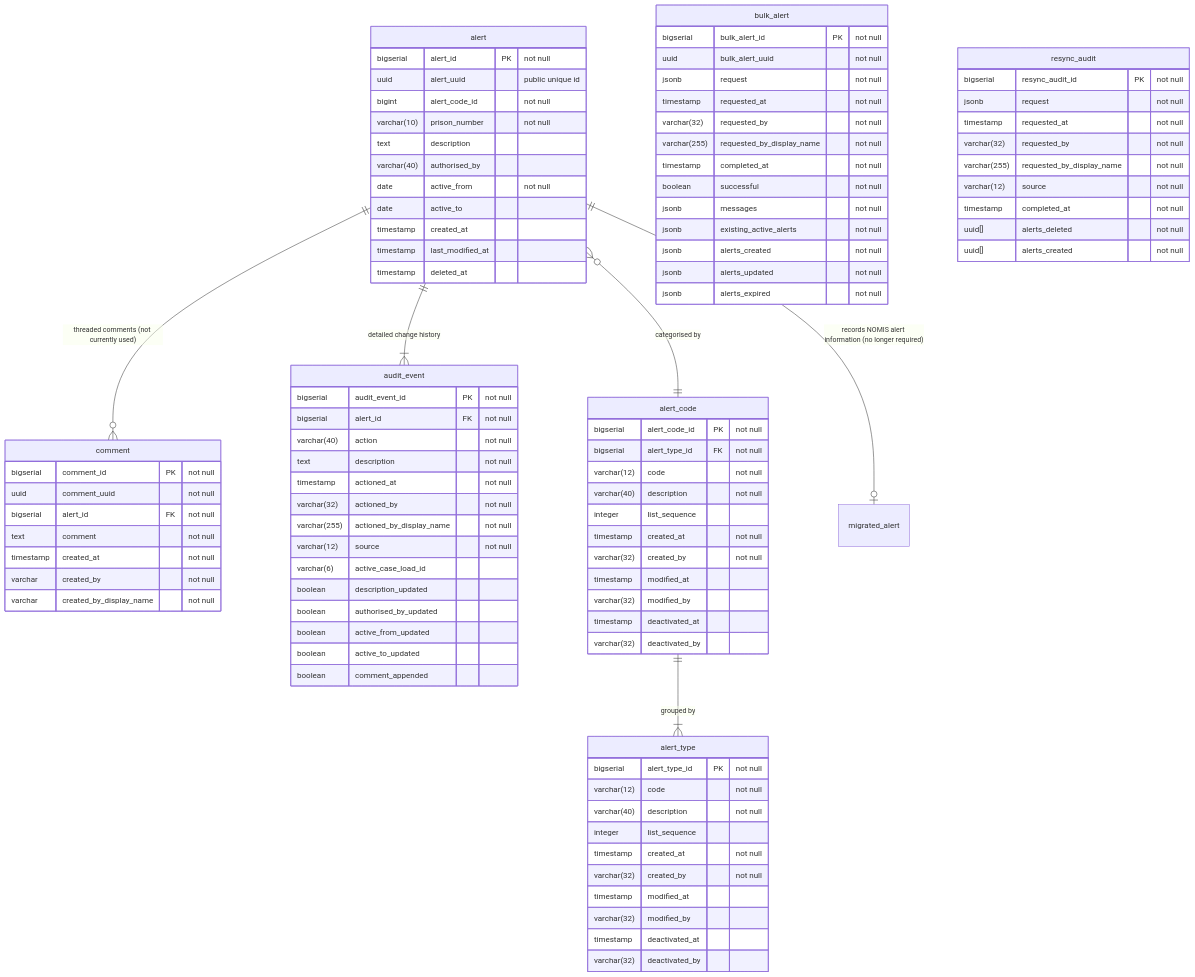
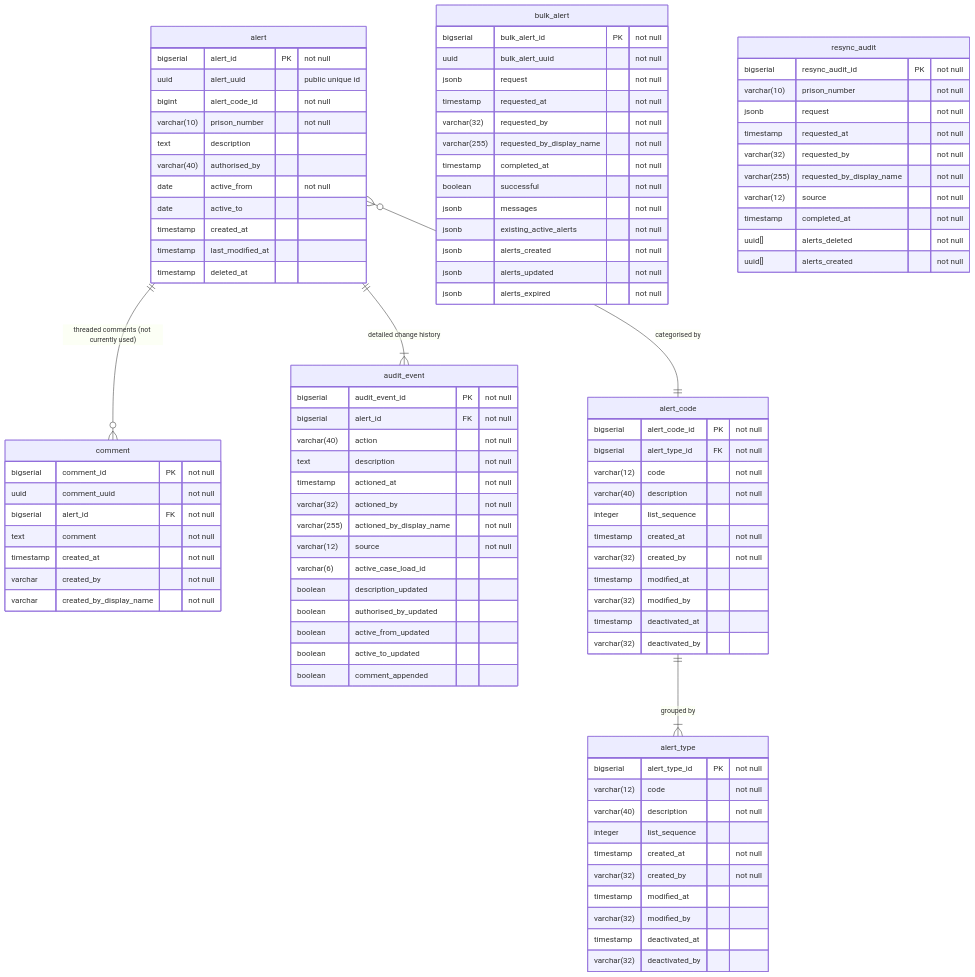
Before and after one commit to ministryofjustice/hmpps-alerts-api: the diagram in datamodel.mermaid, drawn with Mermaid. The commit also changed 4 other files, not shown here.

Commit message:
MIAD-112 update model to have prison number field as standard column

```diff
--- a/datamodel.mermaid
+++ b/datamodel.mermaid
@@ -1,102 +1,102 @@
 erDiagram
     alert one to zero or more comment : "threaded comments (not currently used)"
     alert one to one or more audit_event : "detailed change history"
     alert many to one alert_code : "categorised by"
     alert_code one to one or more alert_type : "grouped by"
-    alert one to zero or one migrated_alert : "records NOMIS alert information (no longer required)"
 
     alert {
         bigserial alert_id PK "not null"
         uuid alert_uuid "public unique id"
         bigint alert_code_id "not null"
         varchar(10) prison_number "not null"
         text description
         varchar(40) authorised_by
         date active_from "not null"
         date active_to
         timestamp created_at
         timestamp last_modified_at
         timestamp deleted_at
     }
 
     comment {
         bigserial comment_id PK "not null"
         uuid comment_uuid "not null"
         bigserial alert_id FK "not null"
         text comment "not null"
         timestamp created_at "not null"
         varchar created_by "not null"
         varchar created_by_display_name "not null"
     }
 
     audit_event {
         bigserial audit_event_id PK "not null"
         bigserial alert_id FK "not null"
         varchar(40) action "not null"
         text description "not null"
         timestamp actioned_at "not null"
         varchar(32) actioned_by "not null"
         varchar(255) actioned_by_display_name "not null"
         varchar(12) source "not null"
         varchar(6) active_case_load_id
         boolean description_updated
         boolean authorised_by_updated
         boolean active_from_updated
         boolean active_to_updated
         boolean comment_appended
     }
 
     alert_code {
         bigserial alert_code_id PK "not null"
         bigserial alert_type_id FK "not null"
         varchar(12) code "not null"
         varchar(40) description "not null"
         integer list_sequence
         timestamp created_at "not null"
         varchar(32) created_by "not null"
         timestamp modified_at
         varchar(32) modified_by
         timestamp deactivated_at
         varchar(32) deactivated_by
     }
 
     alert_type {
         bigserial alert_type_id PK "not null"
         varchar(12) code "not null"
         varchar(40) description "not null"
         integer list_sequence
         timestamp created_at "not null"
         varchar(32) created_by "not null"
         timestamp modified_at
         varchar(32) modified_by
         timestamp deactivated_at
         varchar(32) deactivated_by
     }
 
     bulk_alert {
         bigserial bulk_alert_id PK "not null"
         uuid bulk_alert_uuid "not null"
         jsonb request "not null"
         timestamp requested_at "not null"
         varchar(32) requested_by "not null"
         varchar(255) requested_by_display_name "not null"
         timestamp completed_at "not null"
         boolean successful "not null"
         jsonb messages "not null"
         jsonb existing_active_alerts "not null"
         jsonb alerts_created "not null"
         jsonb alerts_updated "not null"
         jsonb alerts_expired "not null"
     }
 
     resync_audit {
         bigserial resync_audit_id PK "not null"
+        varchar(10) prison_number "not null"
         jsonb request "not null"
         timestamp requested_at "not null"
         varchar(32) requested_by "not null"
         varchar(255) requested_by_display_name "not null"
         varchar(12) source "not null"
         timestamp completed_at "not null"
         uuid[] alerts_deleted "not null"
         uuid[] alerts_created "not null"
     }
```
